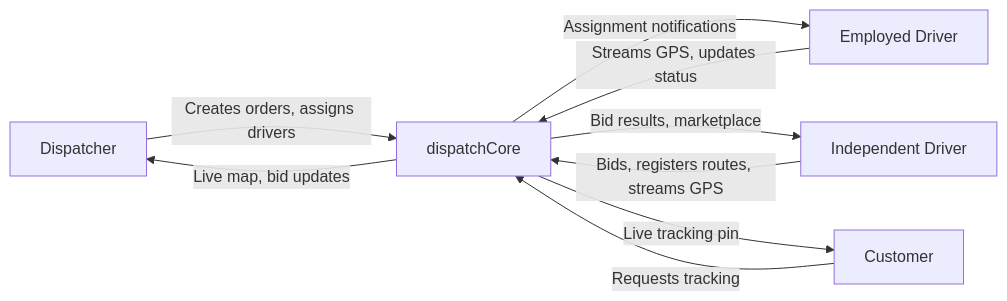
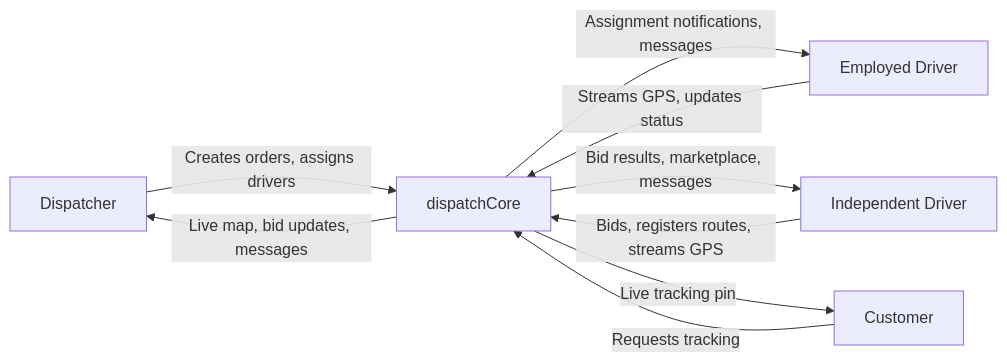
One commit to arsh342/dispatchCore changed the second of 13 diagrams in docs/system_design.md. Above: the diagram before and after it, drawn with Mermaid. The commit also changed other lines of this file and 94 other files, not shown here.

````diff
--- a/docs/system_design.md
+++ b/docs/system_design.md
@@ -168,11 +161,11 @@
 ```mermaid
 graph LR
     D["Dispatcher"] -->|"Creates orders, assigns drivers"| DC["dispatchCore"]
     ED["Employed Driver"] -->|"Streams GPS, updates status"| DC
     ID["Independent Driver"] -->|"Bids, registers routes, streams GPS"| DC
     C["Customer"] -->|"Requests tracking"| DC
-    DC -->|"Live map, bid updates"| D
-    DC -->|"Assignment notifications"| ED
-    DC -->|"Bid results, marketplace"| ID
+    DC -->|"Live map, bid updates, messages"| D
+    DC -->|"Assignment notifications, messages"| ED
+    DC -->|"Bid results, marketplace, messages"| ID
     DC -->|"Live tracking pin"| C
 ```
````
